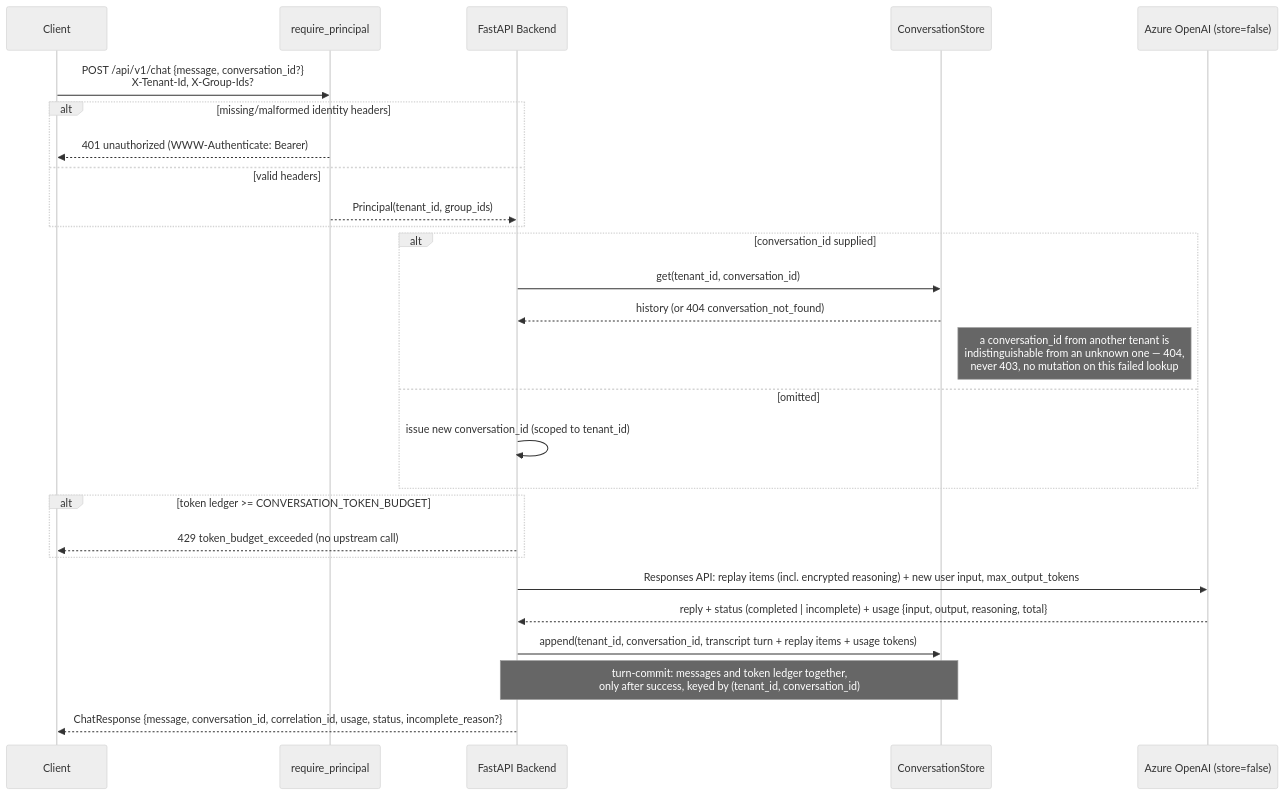
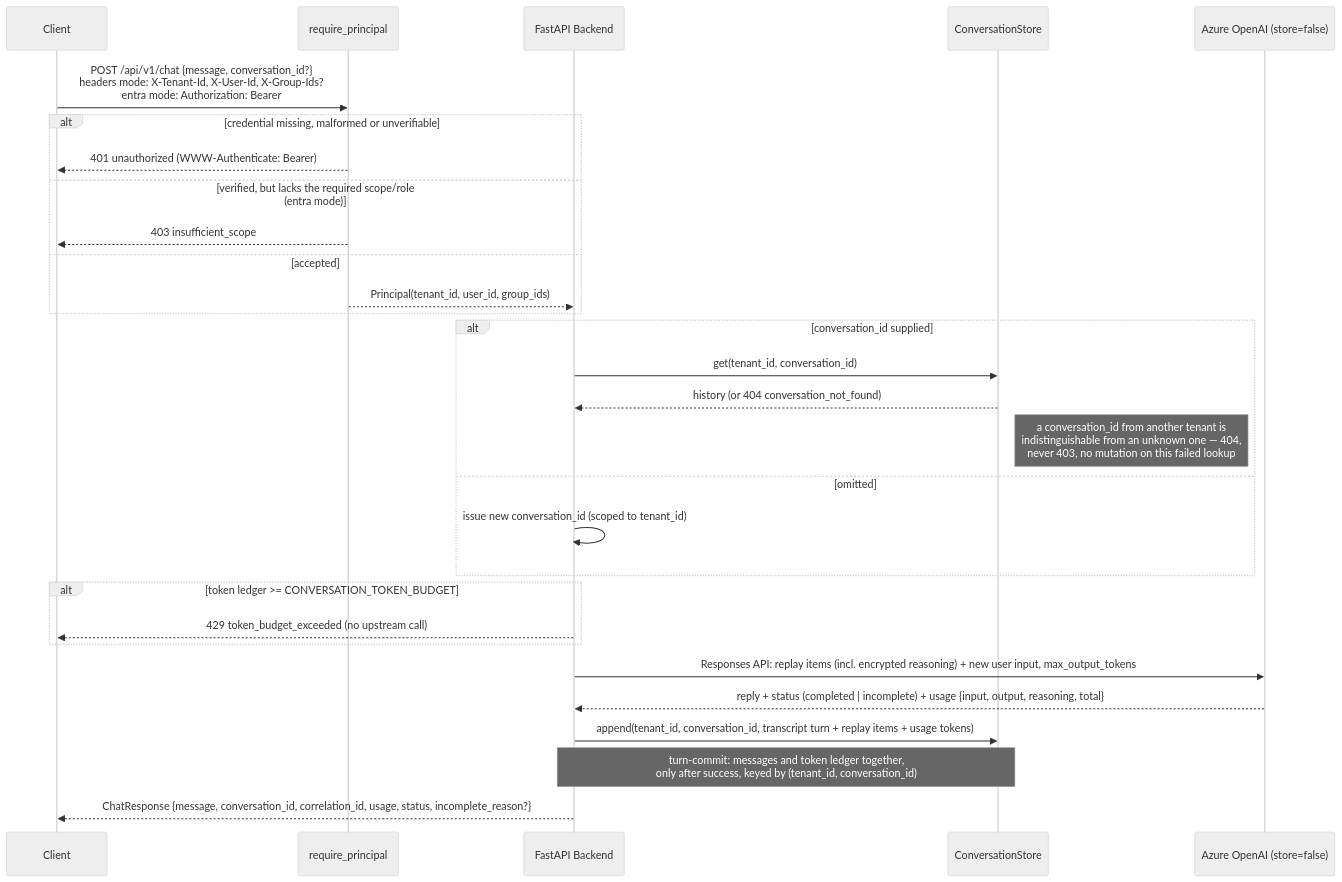
Before and after one commit to kehao-playground/azure-genai-backend-lab: the diagram in docs/diagrams/chat-sequence.md, drawn with Mermaid (neutral theme). The commit also changed other lines of this file and 10 other files, not shown here.

````diff
--- a/docs/diagrams/chat-sequence.md
+++ b/docs/diagrams/chat-sequence.md
@@ -6,30 +11,32 @@
 ```mermaid
 sequenceDiagram
     participant Client
     participant Dep as require_principal
     participant API as FastAPI Backend
     participant Store as ConversationStore
     participant LLM as Azure OpenAI (store=false)
 
-    Client->>Dep: POST /api/v1/chat {message, conversation_id?}<br/>X-Tenant-Id, X-Group-Ids?
-    alt missing/malformed identity headers
+    Client->>Dep: POST /api/v1/chat {message, conversation_id?}<br/>headers mode: X-Tenant-Id, X-User-Id, X-Group-Ids?<br/>entra mode: Authorization: Bearer
+    alt credential missing, malformed or unverifiable
         Dep-->>Client: 401 unauthorized (WWW-Authenticate: Bearer)
-    else valid headers
-        Dep-->>API: Principal(tenant_id, group_ids)
+    else verified, but lacks the required scope/role (entra mode)
+        Dep-->>Client: 403 insufficient_scope
+    else accepted
+        Dep-->>API: Principal(tenant_id, user_id, group_ids)
     end
     alt conversation_id supplied
         API->>Store: get(tenant_id, conversation_id)
         Store-->>API: history (or 404 conversation_not_found)
         Note right of Store: a conversation_id from another tenant is<br/>indistinguishable from an unknown one — 404,<br/>never 403, no mutation on this failed lookup
     else omitted
         API->>API: issue new conversation_id (scoped to tenant_id)
     end
     alt token ledger >= CONVERSATION_TOKEN_BUDGET
         API-->>Client: 429 token_budget_exceeded (no upstream call)
     end
     API->>LLM: Responses API: replay items (incl. encrypted reasoning) + new user input, max_output_tokens
     LLM-->>API: reply + status (completed | incomplete) + usage {input, output, reasoning, total}
     API->>Store: append(tenant_id, conversation_id, transcript turn + replay items + usage tokens)
     Note over API,Store: turn-commit: messages and token ledger together,<br/>only after success, keyed by (tenant_id, conversation_id)
     API-->>Client: ChatResponse {message, conversation_id, correlation_id, usage, status, incomplete_reason?}
 ```
````
